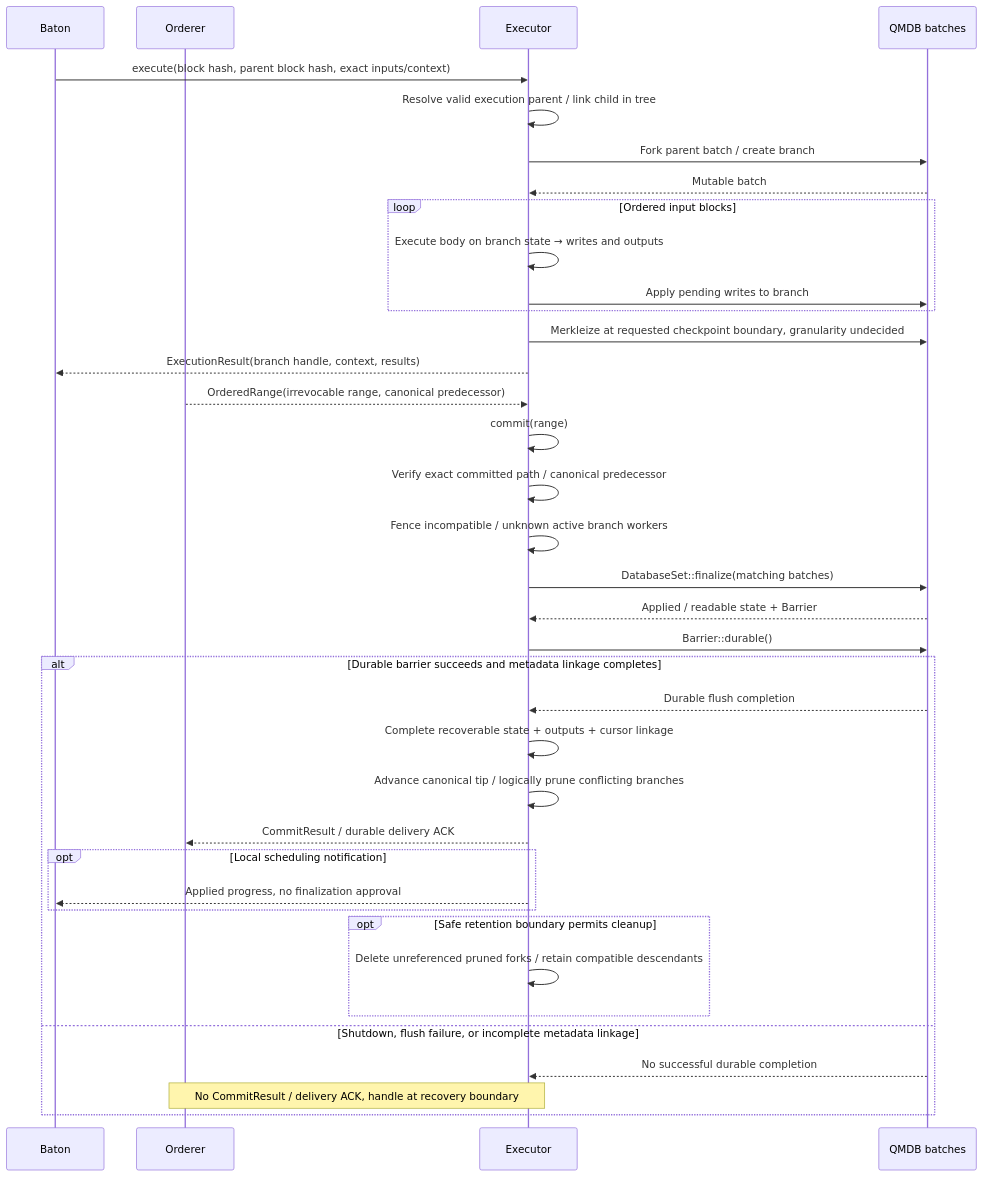
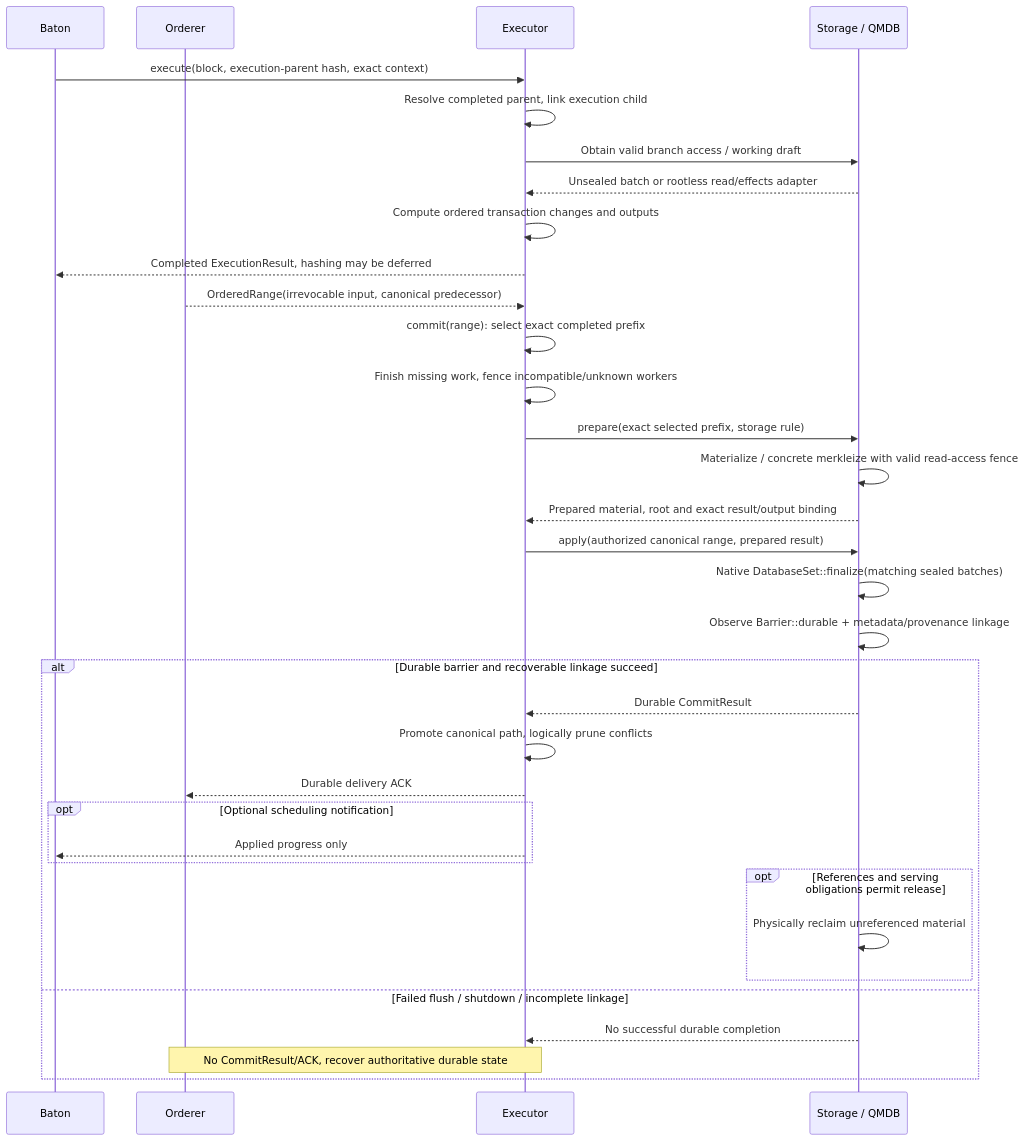
One commit to djm07073/baton-research changed the second of 2 diagrams in docs/e2e/canonical.md. Above: the diagram before and after it, drawn with Mermaid. The commit also changed other lines of this file and 405 other files, not shown here.

Commit message:
Document real-chain Commonware reuse and execution storage boundaries

````diff
--- a/docs/e2e/canonical.md
+++ b/docs/e2e/canonical.md
@@ -38,39 +40,36 @@
 ```mermaid
 sequenceDiagram
     participant B as Baton
     participant M as Orderer
-    participant O as Executor
-    participant Q as QMDB batches
-    B->>O: execute(block hash, parent block hash, exact inputs/context)
-    O->>O: Resolve valid execution parent / link child in tree
-    O->>Q: Fork parent batch / create branch
-    Q-->>O: Mutable batch
-    loop Ordered input blocks
-        O->>O: Execute body on branch state → writes and outputs
-        O->>Q: Apply pending writes to branch
-    end
-    O->>Q: Merkleize at requested checkpoint boundary, granularity undecided
-    O-->>B: ExecutionResult(branch handle, context, results)
-    M-->>O: OrderedRange(irrevocable range, canonical predecessor)
-    O->>O: commit(range)
-    O->>O: Verify exact committed path / canonical predecessor
-    O->>O: Fence incompatible / unknown active branch workers
-    O->>Q: DatabaseSet::finalize(matching batches)
-    Q-->>O: Applied / readable state + Barrier
-    O->>Q: Barrier::durable()
-    alt Durable barrier succeeds and metadata linkage completes
-        Q-->>O: Durable flush completion
-        O->>O: Complete recoverable state + outputs + cursor linkage
-        O->>O: Advance canonical tip / logically prune conflicting branches
-        O-->>M: CommitResult / durable delivery ACK
-        opt Local scheduling notification
-            O-->>B: Applied progress, no finalization approval
+    participant E as Executor
+    participant S as Storage / QMDB
+    B->>E: execute(block, execution-parent hash, exact context)
+    E->>E: Resolve completed parent, link execution child
+    E->>S: Obtain valid branch access / working draft
+    S-->>E: Unsealed batch or rootless read/effects adapter
+    E->>E: Compute ordered transaction changes and outputs
+    E-->>B: Completed ExecutionResult, hashing may be deferred
+    M-->>E: OrderedRange(irrevocable input, canonical predecessor)
+    E->>E: commit(range): select exact completed prefix
+    E->>E: Finish missing work, fence incompatible/unknown workers
+    E->>S: prepare(exact selected prefix, storage rule)
+    S->>S: Materialize / concrete merkleize with valid read-access fence
+    S-->>E: Prepared material, root and exact result/output binding
+    E->>S: apply(authorized canonical range, prepared result)
+    S->>S: Native DatabaseSet::finalize(matching sealed batches)
+    S->>S: Observe Barrier::durable + metadata/provenance linkage
+    alt Durable barrier and recoverable linkage succeed
+        S-->>E: Durable CommitResult
+        E->>E: Promote canonical path, logically prune conflicts
+        E-->>M: Durable delivery ACK
+        opt Optional scheduling notification
+            E-->>B: Applied progress only
         end
-        opt Safe retention boundary permits cleanup
-            O->>O: Delete unreferenced pruned forks / retain compatible descendants
+        opt References and serving obligations permit release
+            S->>S: Physically reclaim unreferenced material
         end
-    else Shutdown, flush failure, or incomplete metadata linkage
-        Q-->>O: No successful durable completion
-        Note over M,O: No CommitResult / delivery ACK, handle at recovery boundary
+    else Failed flush / shutdown / incomplete linkage
+        S-->>E: No successful durable completion
+        Note over M,E: No CommitResult/ACK, recover authoritative durable state
     end
 ```
````
